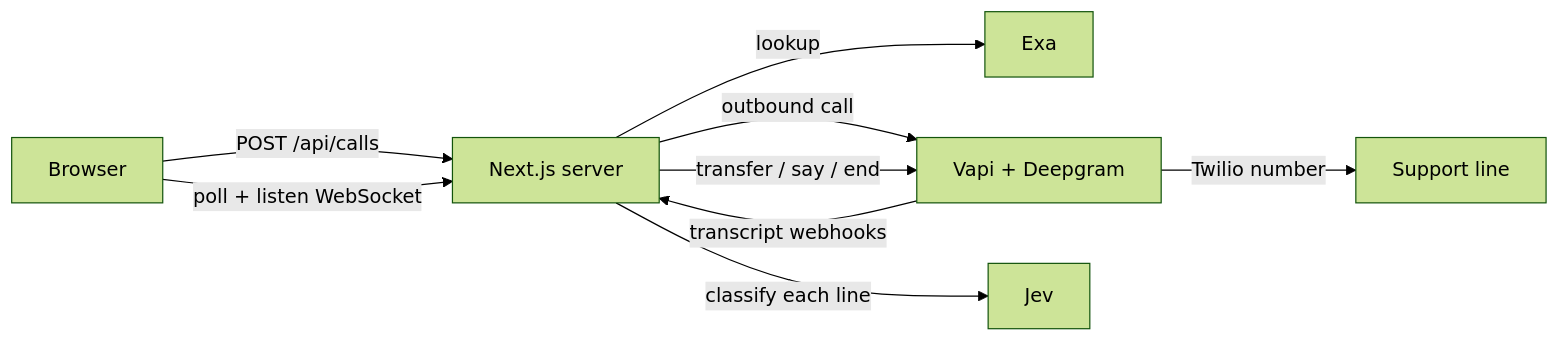
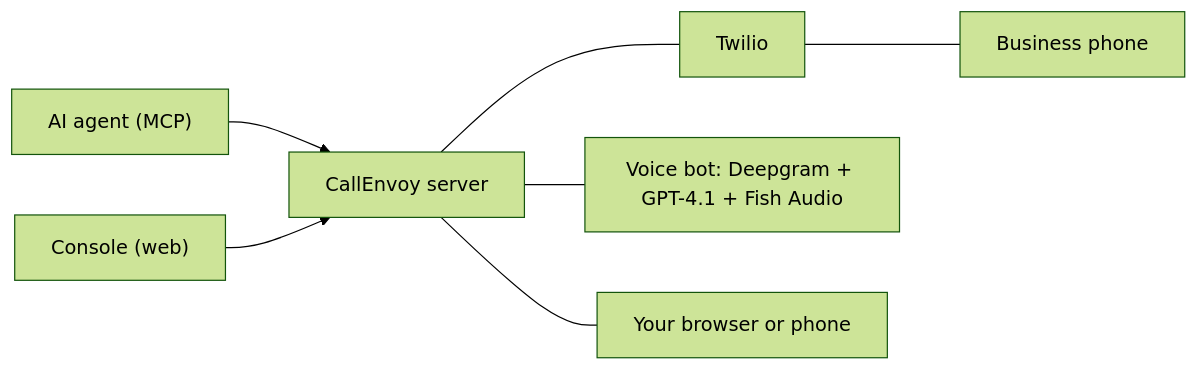
The diagram in README.md (sreenivasanac/holdforme), drawn with Mermaid (forest theme) before and after one commit. The commit also changed other lines of this file and 1 other file, not shown here.

Commit message:
Rewrite the README for CallEnvoy and add the deploy script

````diff
--- a/README.md
+++ b/README.md
@@ -36,11 +11,8 @@
 ```mermaid
 flowchart LR
-  U["Browser"] -->|"POST /api/calls"| S["Next.js server"]
-  S -->|"lookup"| E["Exa"]
-  S -->|"outbound call"| V["Vapi + Deepgram"]
-  V -->|"Twilio number"| B["Support line"]
-  V -->|"transcript webhooks"| S
-  S -->|"classify each line"| J["Jev"]
-  S -->|"transfer / say / end"| V
-  U -->|"poll + listen WebSocket"| S
+  A["AI agent (MCP)"] --> S["CallEnvoy server"]
+  W["Console (web)"] --> S
+  S --- T["Twilio"] --- B["Business phone"]
+  S --- AI["Voice bot: Deepgram + GPT-4.1 + Fish Audio"]
+  S --- P["Your browser or phone"]
 ```
````
